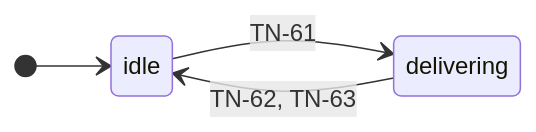
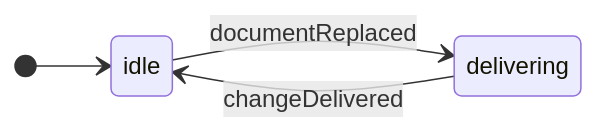
Before and after one commit to GoodRelax/gr-scheduler: diagram 14 of 14 in docs/spec/_assets/tbl-state-machines.md, drawn with Mermaid. The commit also changed other lines of this file and 22 other files, not shown here.

````diff
--- a/docs/spec/_assets/tbl-state-machines.md
+++ b/docs/spec/_assets/tbl-state-machines.md
@@ -397,9 +458,9 @@
 ```mermaid
 stateDiagram-v2
     direction LR
-    [*] --> notices_delivery_idle
-    notices_delivery_idle : idle
-    notices_delivery_delivering : delivering
-    notices_delivery_idle --> notices_delivery_delivering : TN-61
-    notices_delivery_delivering --> notices_delivery_idle : TN-62, TN-63
+    [*] --> changeDeliveryStateMachine_idle
+    changeDeliveryStateMachine_idle : idle
+    changeDeliveryStateMachine_delivering : delivering
+    changeDeliveryStateMachine_idle --> changeDeliveryStateMachine_delivering : documentReplaced
+    changeDeliveryStateMachine_delivering --> changeDeliveryStateMachine_idle : changeDelivered
 ```
````
